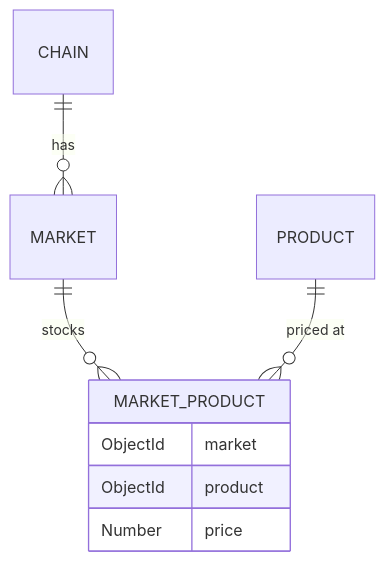
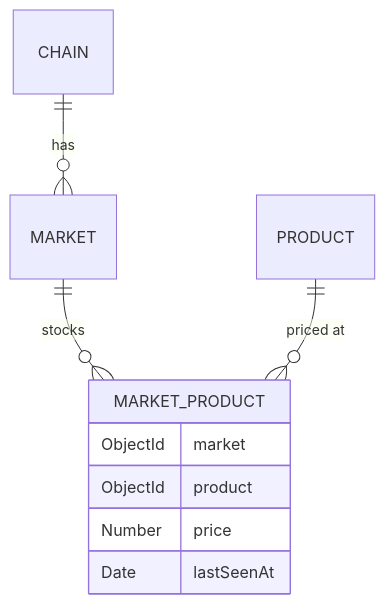
The diagram in apps/docs/backend/modules/product.md (martintrifunov/obrok), drawn with Mermaid before and after one commit. The commit also changed other lines of this file and 13 other files, not shown here.

````diff
--- a/apps/docs/backend/modules/product.md
+++ b/apps/docs/backend/modules/product.md
@@ -65,11 +85,12 @@
 ```mermaid
 erDiagram
     CHAIN ||--o{ MARKET : has
     MARKET ||--o{ MARKET_PRODUCT : stocks
     PRODUCT ||--o{ MARKET_PRODUCT : "priced at"
     MARKET_PRODUCT {
         ObjectId market
         ObjectId product
         Number price
+        Date lastSeenAt
     }
 ```
````
